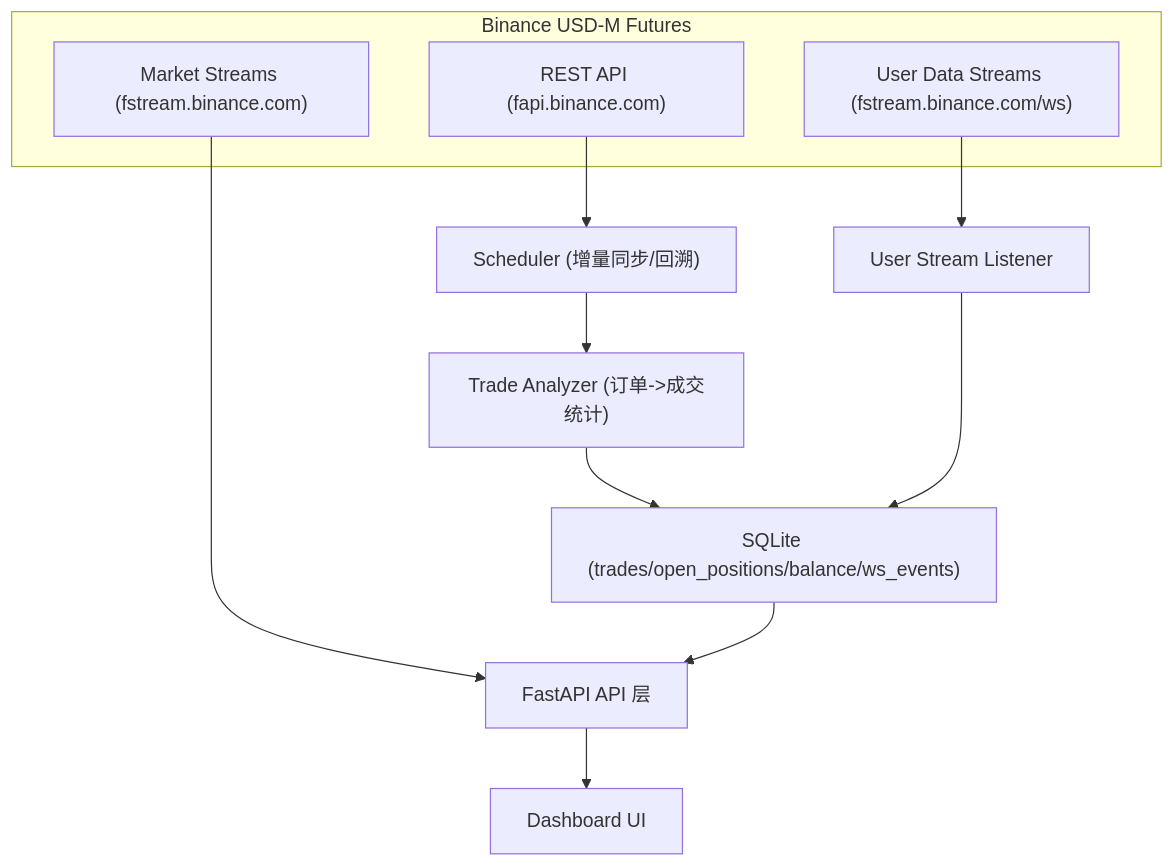
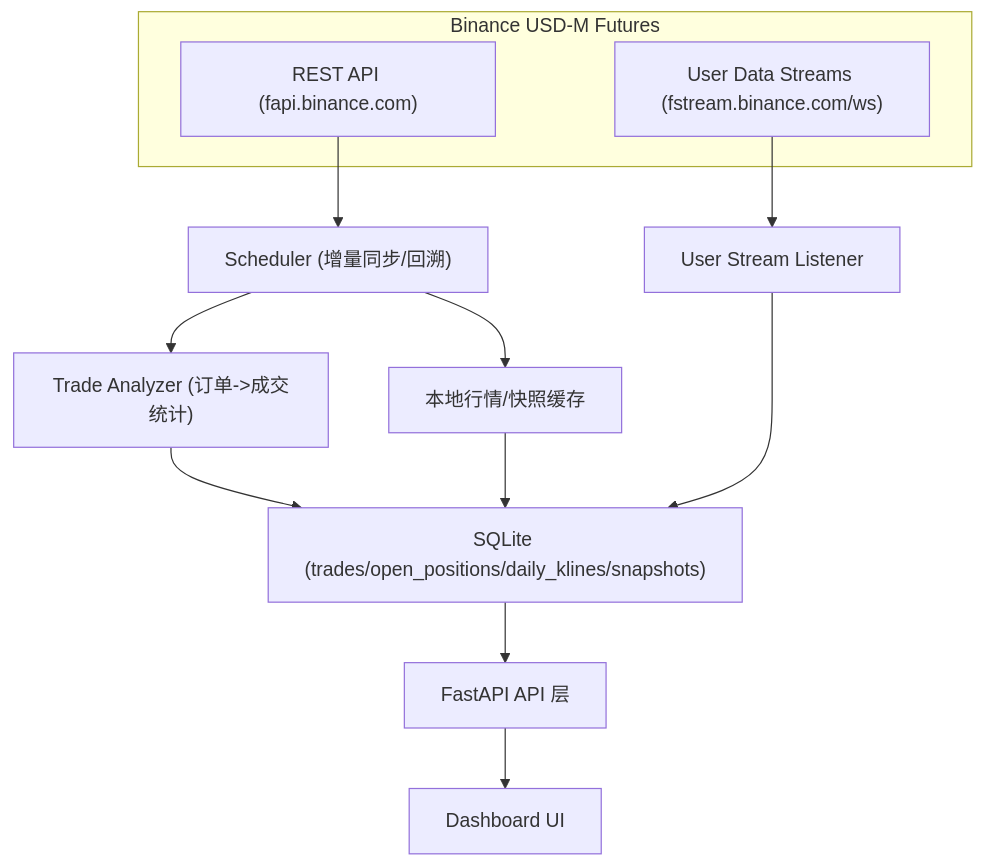
One commit to miracle-zs/crypto_dashboard changed the diagram in docs/data_flow.md. Above: the diagram before and after it, drawn with Mermaid. The commit also changed other lines of this file and 35 other files, not shown here.

Commit message:
feat: reduce Binance market and trade sync request budget

````diff
--- a/docs/data_flow.md
+++ b/docs/data_flow.md
@@ -12,25 +12,26 @@
 ```mermaid
 graph TD
   subgraph "Binance USD-M Futures"
     REST["REST API (fapi.binance.com)"]
     WS_USER["User Data Streams (fstream.binance.com/ws)"]
-    WS_MKT["Market Streams (fstream.binance.com)"]
   end
 
   Scheduler["Scheduler (增量同步/回溯)"]
   Analyzer["Trade Analyzer (订单->成交统计)"]
   UserStream["User Stream Listener"]
-  DB["SQLite (trades/open_positions/balance/ws_events)"]
+  DB["SQLite (trades/open_positions/daily_klines/snapshots)"]
+  Cache["本地行情/快照缓存"]
   API["FastAPI API 层"]
   UI["Dashboard UI"]
 
   REST --> Scheduler
   Scheduler --> Analyzer
   Analyzer --> DB
 
   WS_USER --> UserStream
   UserStream --> DB
 
-  WS_MKT --> API
+  Scheduler --> Cache
+  Cache --> DB
   DB --> API --> UI
 ```
````
